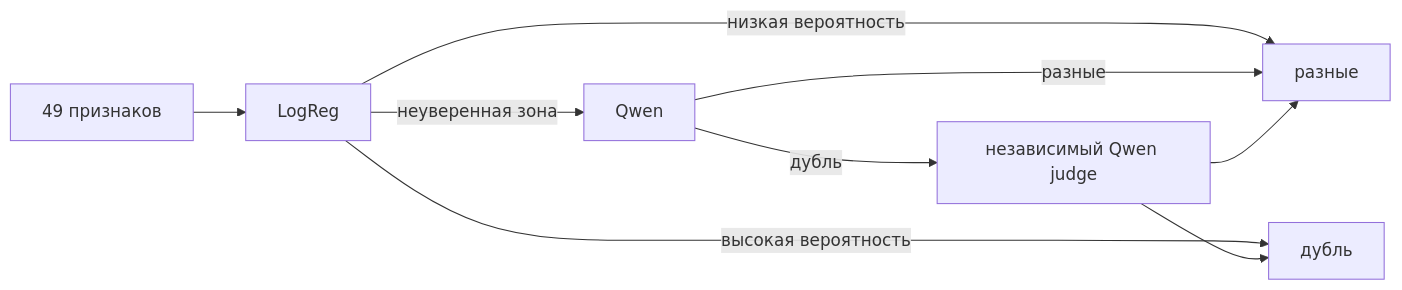
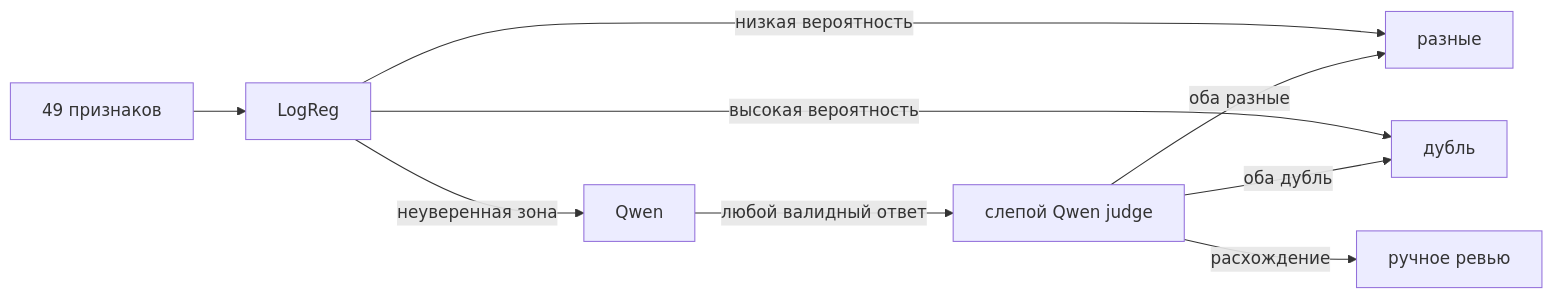
The diagram in docs/architecture/pipeline/dedup.md (ITMO-NSS-team/PAUK), drawn with Mermaid before and after one commit. The commit also changed other lines of this file and 21 other files, not shown here.

````diff
--- a/docs/architecture/pipeline/dedup.md
+++ b/docs/architecture/pipeline/dedup.md
@@ -91,11 +154,11 @@
 ```mermaid
 flowchart LR
     A[49 признаков] --> B[LogReg]
     B -->|низкая вероятность| C[разные]
     B -->|высокая вероятность| D[дубль]
     B -->|неуверенная зона| E[Qwen]
-    E -->|разные| C
-    E -->|дубль| F[независимый Qwen judge]
-    F --> C
-    F --> D
+    E -->|любой валидный ответ| F[слепой Qwen judge]
+    F -->|оба разные| C
+    F -->|оба дубль| D
+    F -->|расхождение| G[ручное ревью]
 ```
````
